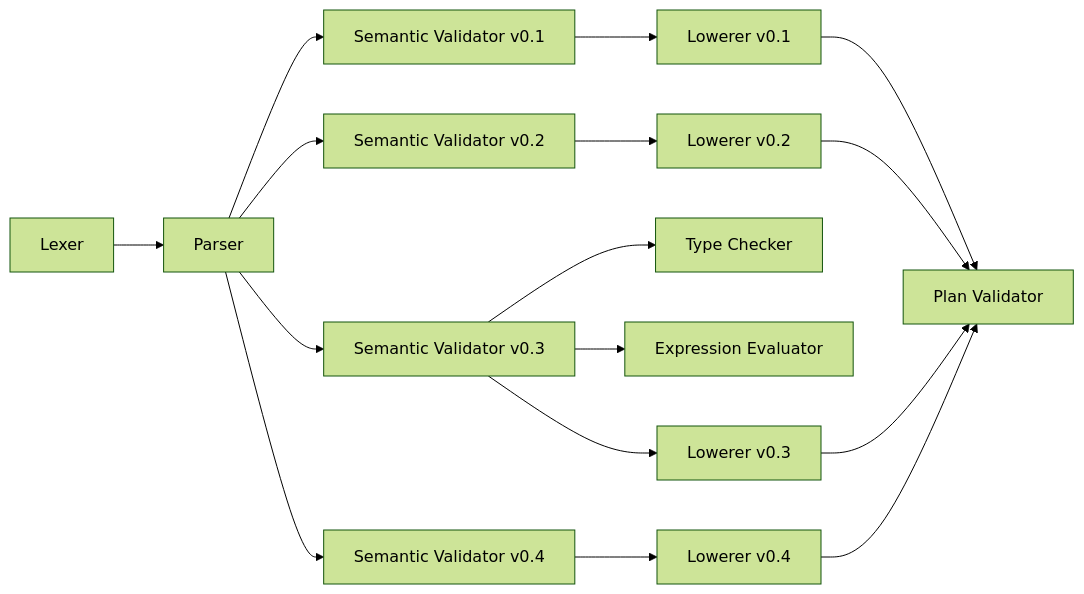
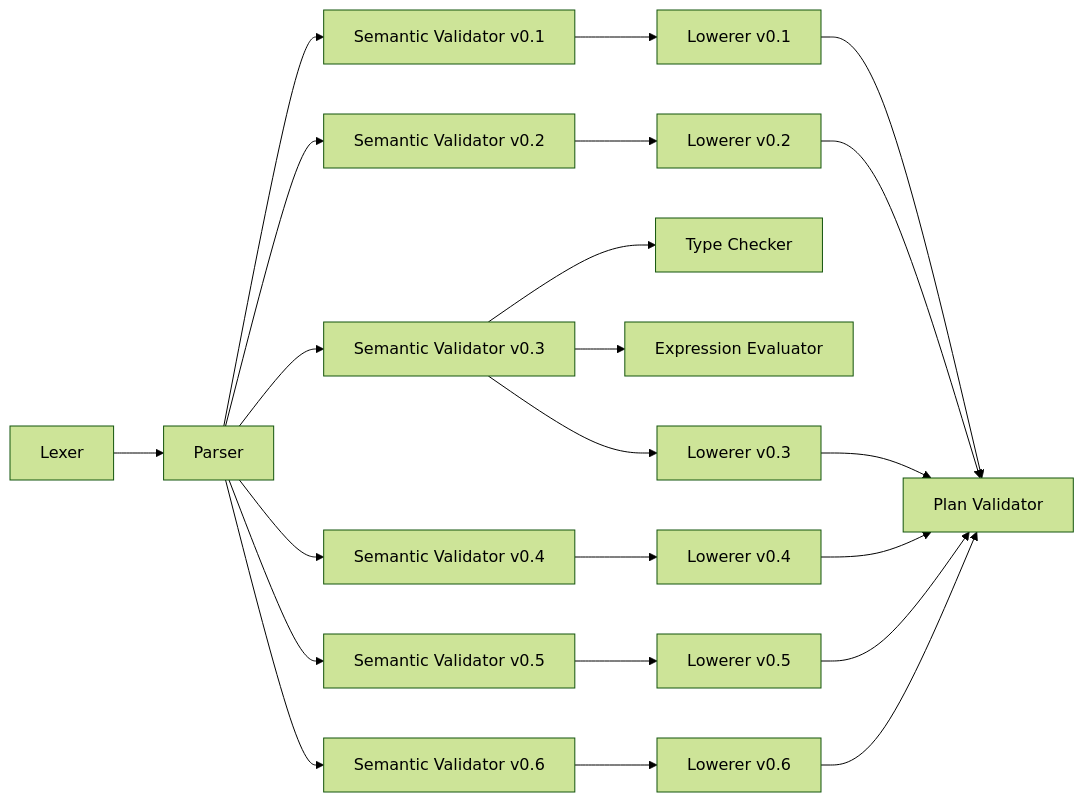
One commit to ahmednour1430464/dotdevops changed diagram 15 of 15 in .qoder/repowiki/en/content/.devops Language Reference/Validation Rules and Constraints.md. Above: the diagram before and after it, drawn with Mermaid (forest theme). The commit also changed other lines of this file and 12 other files, not shown here.

````diff
--- a/.qoder/repowiki/en/content/.devops Language Reference/Validation Rules and Constraints.md
+++ b/.qoder/repowiki/en/content/.devops Language Reference/Validation Rules and Constraints.md
@@ -805,18 +1288,24 @@
 ```mermaid
 graph LR
 LEX["Lexer"] --> PARSE["Parser"]
 PARSE --> SEMVAL01["Semantic Validator v0.1"]
 PARSE --> SEMVAL02["Semantic Validator v0.2"]
 PARSE --> SEMVAL03["Semantic Validator v0.3"]
 PARSE --> SEMVAL04["Semantic Validator v0.4"]
+PARSE --> SEMVAL05["Semantic Validator v0.5"]
+PARSE --> SEMVAL06["Semantic Validator v0.6"]
 SEMVAL03 --> TYPECHECK["Type Checker"]
 SEMVAL03 --> EXPRVAL["Expression Evaluator"]
 SEMVAL01 --> LOWER01["Lowerer v0.1"]
 SEMVAL02 --> LOWER02["Lowerer v0.2"]
 SEMVAL03 --> LOWER03["Lowerer v0.3"]
 SEMVAL04 --> LOWER04["Lowerer v0.4"]
+SEMVAL05 --> LOWER05["Lowerer v0.5"]
+SEMVAL06 --> LOWER06["Lowerer v0.6"]
 LOWER01 --> IRVAL["Plan Validator"]
 LOWER02 --> IRVAL
 LOWER03 --> IRVAL
 LOWER04 --> IRVAL
+LOWER05 --> IRVAL
+LOWER06 --> IRVAL
 ```
````
